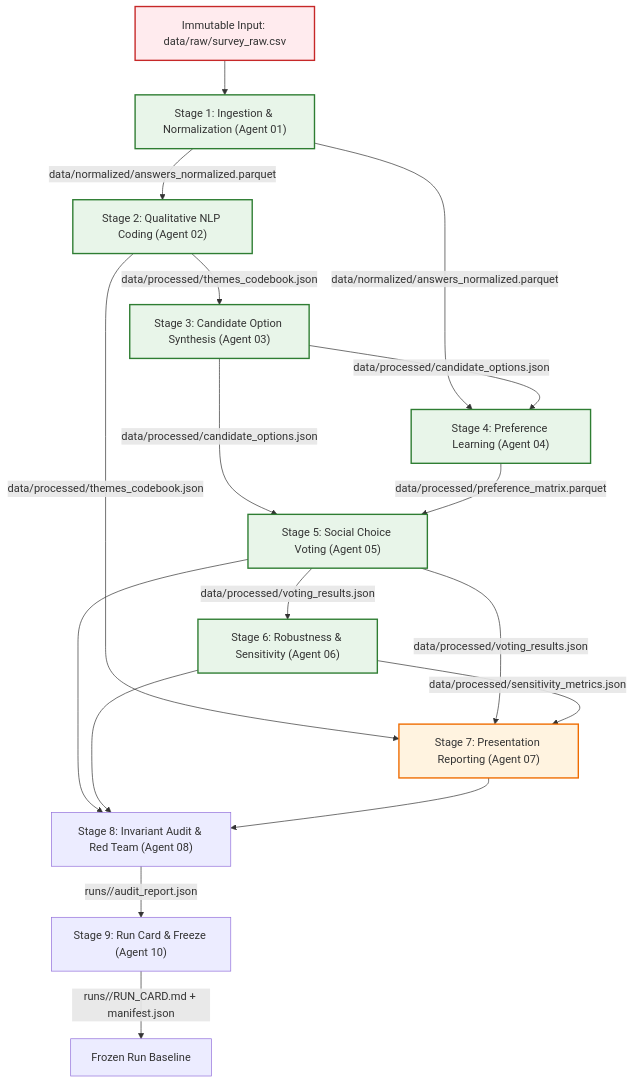
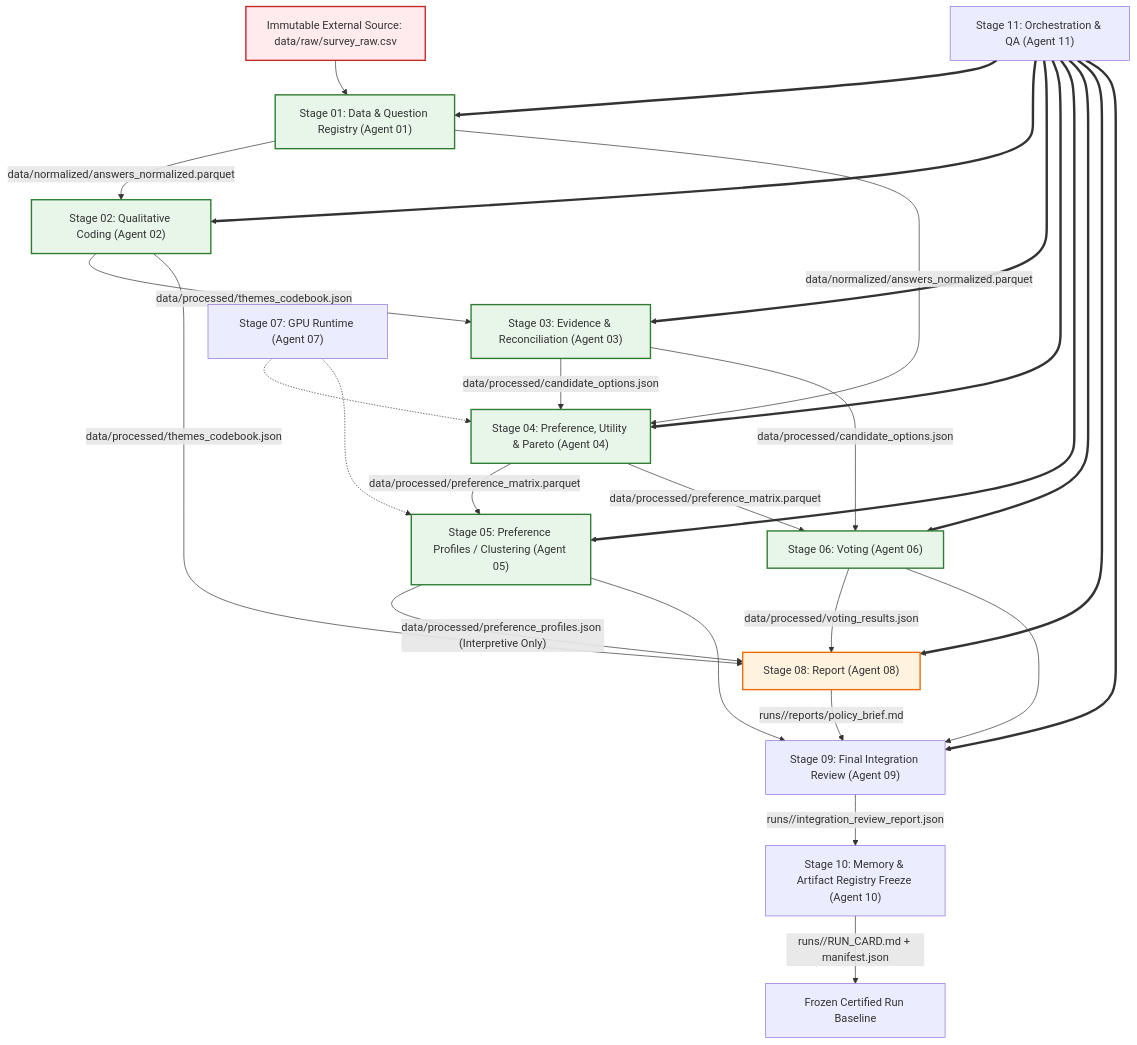
One commit to necantis/HFG changed the diagram in docs/PIPELINE.md. Above: the diagram before and after it, drawn with Mermaid. The commit also changed other lines of this file and 27 other files, not shown here.

Commit message:
feat(architecture): reconcile persistent memory layer with 12-agent architecture and PreferenceCell contract

````diff
--- a/docs/PIPELINE.md
+++ b/docs/PIPELINE.md
@@ -12,26 +12,37 @@
 ```mermaid
 flowchart TD
-    S0["Immutable Input: data/raw/survey_raw.csv"] --> S1["Stage 1: Ingestion & Normalization (Agent 01)"]
-    S1 -->|"data/normalized/answers_normalized.parquet"| S2["Stage 2: Qualitative NLP Coding (Agent 02)"]
-    S1 -->|"data/normalized/answers_normalized.parquet"| S4["Stage 4: Preference Learning (Agent 04)"]
-    S2 -->|"data/processed/themes_codebook.json"| S3["Stage 3: Candidate Option Synthesis (Agent 03)"]
+    S0["Immutable External Source: data/raw/survey_raw.csv"] --> S1["Stage 01: Data & Question Registry (Agent 01)"]
+    S1 -->|"data/normalized/answers_normalized.parquet"| S2["Stage 02: Qualitative Coding (Agent 02)"]
+    S1 -->|"data/normalized/answers_normalized.parquet"| S4["Stage 04: Preference, Utility & Pareto (Agent 04)"]
+    S2 -->|"data/processed/themes_codebook.json"| S3["Stage 03: Evidence & Reconciliation (Agent 03)"]
     S3 -->|"data/processed/candidate_options.json"| S4
-    S3 -->|"data/processed/candidate_options.json"| S5["Stage 5: Social Choice Voting (Agent 05)"]
-    S4 -->|"data/processed/preference_matrix.parquet"| S5
-    S5 -->|"data/processed/voting_results.json"| S6["Stage 6: Robustness & Sensitivity (Agent 06)"]
-    S2 -->|"data/processed/themes_codebook.json"| S7["Stage 7: Presentation Reporting (Agent 07)"]
-    S5 -->|"data/processed/voting_results.json"| S7
-    S6 -->|"data/processed/sensitivity_metrics.json"| S7
-    S5 --> S8["Stage 8: Invariant Audit & Red Team (Agent 08)"]
-    S6 --> S8
-    S7 --> S8
-    S8 -->|"runs/<run_id>/audit_report.json"| S9["Stage 9: Run Card & Freeze (Agent 10)"]
-    S9 -->|"runs/<run_id>/RUN_CARD.md + manifest.json"| FIN["Frozen Run Baseline"]
+    S3 -->|"data/processed/candidate_options.json"| S6["Stage 06: Voting (Agent 06)"]
+    S4 -->|"data/processed/preference_matrix.parquet"| S5["Stage 05: Preference Profiles / Clustering (Agent 05)"]
+    S4 -->|"data/processed/preference_matrix.parquet"| S6
+    S2 -->|"data/processed/themes_codebook.json"| S8["Stage 08: Report (Agent 08)"]
+    S5 -->|"data/processed/preference_profiles.json (Interpretive Only)"| S8
+    S6 -->|"data/processed/voting_results.json"| S8
+    S8 -->|"runs/<run_id>/reports/policy_brief.md"| S9["Stage 09: Final Integration Review (Agent 09)"]
+    S5 --> S9
+    S6 --> S9
+    S9 -->|"runs/<run_id>/integration_review_report.json"| S10["Stage 10: Memory & Artifact Registry Freeze (Agent 10)"]
+    S10 -->|"runs/<run_id>/RUN_CARD.md + manifest.json"| FIN["Frozen Certified Run Baseline"]
+
+    GPU["Stage 07: GPU Runtime (Agent 07)"] -.-> S4
+    GPU -.-> S5
+    QA["Stage 11: Orchestration & QA (Agent 11)"] ==> S1
+    QA ==> S2
+    QA ==> S3
+    QA ==> S4
+    QA ==> S5
+    QA ==> S6
+    QA ==> S8
+    QA ==> S9
 
     classDef immutable fill:#ffebee,stroke:#c62828,stroke-width:2px;
     classDef canonical fill:#e8f5e9,stroke:#2e7d32,stroke-width:2px;
     classDef sink fill:#fff3e0,stroke:#ef6c00,stroke-width:2px;
     class S0 immutable;
     class S1,S2,S3,S4,S5,S6 canonical;
-    class S7 sink;
+    class S8 sink;
 ```
````
